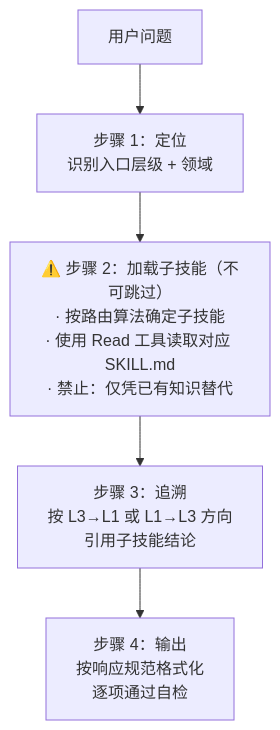
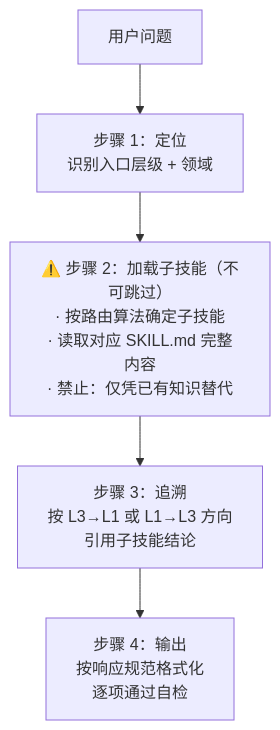
Before and after one commit to brightmeows/rust-meta-skills: the diagram in skills/rust-meta-cognition/SKILL.md, drawn with Mermaid. The commit also changed other lines of this file and 1 other file, not shown here.

````diff
--- a/skills/rust-meta-cognition/SKILL.md
+++ b/skills/rust-meta-cognition/SKILL.md
@@ -31,8 +31,8 @@
 ```mermaid
 flowchart TD
     Q[用户问题] --> S1
     S1["步骤 1：定位<br>识别入口层级 + 领域"] --> S2
-    S2["⚠️ 步骤 2：加载子技能（不可跳过）<br>· 按路由算法确定子技能<br>· 使用 Read 工具读取对应 SKILL.md<br>· 禁止：仅凭已有知识替代"] --> S3
+    S2["⚠️ 步骤 2：加载子技能（不可跳过）<br>· 按路由算法确定子技能<br>· 读取对应 SKILL.md 完整内容<br>· 禁止：仅凭已有知识替代"] --> S3
     S3["步骤 3：追溯<br>按 L3→L1 或 L1→L3 方向<br>引用子技能结论"] --> S4
     S4["步骤 4：输出<br>按响应规范格式化<br>逐项通过自检"]
 ```
````
